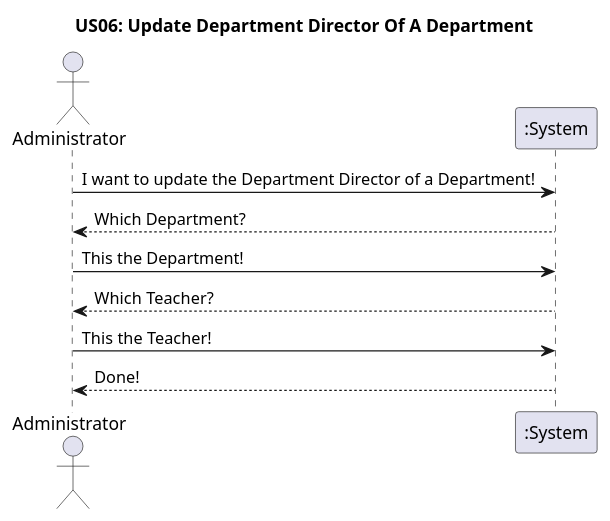
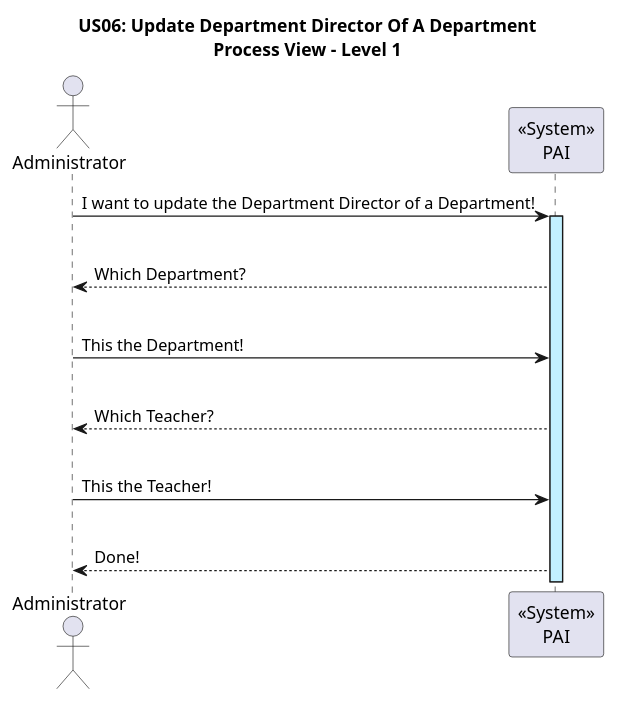
Before and after one commit to GasparISEP/DevOps-PAI: the diagram in docs/US06/ProcessView/US06_ProcessView_Level1.puml, drawn with PlantUML. The commit also changed 1 other file, not shown here.

Commit message:
doc: update diagrams #576

```diff
--- a/docs/US06/ProcessView/US06_ProcessView_Level1.puml
+++ b/docs/US06/ProcessView/US06_ProcessView_Level1.puml
@@ -1,15 +1,23 @@
 @startuml
 
-title US06: Update Department Director Of A Department
+title US06: Update Department Director Of A Department\nProcess View - Level 1
 
 actor "Administrator" as A
 
-participant ":System" as S
-A -> S: I want to update the Department Director of a Department!
+skinparam sequenceLifeLineBackgroundColor #application
+
+
+participant "«System»\nPAI" as S
+A -> S ++: I want to update the Department Director of a Department!
+|||
 S --> A: Which Department?
+|||
 A -> S: This the Department!
+|||
 S --> A: Which Teacher?
+|||
 A -> S: This the Teacher!
+|||
 S --> A: Done!
 
 @enduml
```
